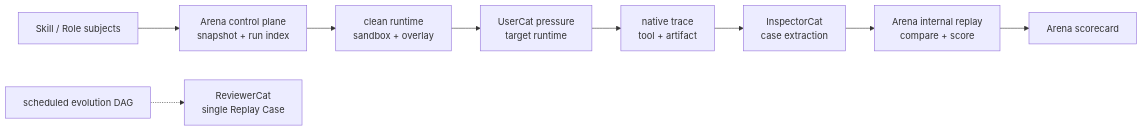
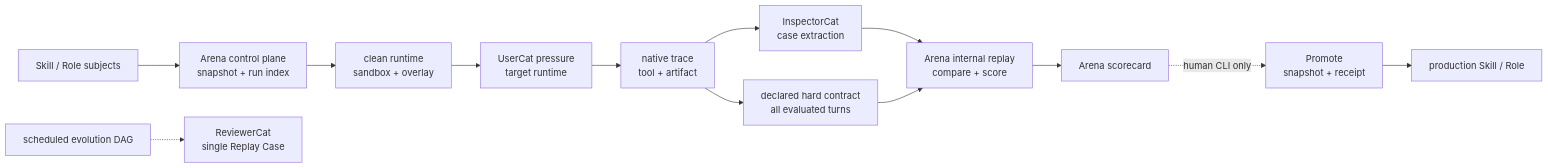
The first of 2 diagrams in docs/arena/SPEC.md (fightheyyy/XiaoBa-CLI), drawn with Mermaid before and after one commit. The commit also changed other lines of this file and 39 other files, not shown here.

````diff
--- a/docs/arena/SPEC.md
+++ b/docs/arena/SPEC.md
@@ -99,12 +101,16 @@
 ```mermaid
 flowchart LR
     Subjects["Skill / Role subjects"] --> Control["Arena control plane<br/>snapshot + run index"]
     Control --> Clean["clean runtime<br/>sandbox + overlay"]
     Clean --> Pressure["UserCat pressure<br/>target runtime"]
     Pressure --> Evidence["native trace<br/>tool + artifact"]
     Evidence --> Inspect["InspectorCat<br/>case extraction"]
+    Evidence --> Contract["declared hard contract<br/>all evaluated turns"]
     Inspect --> Replay["Arena internal replay<br/>compare + score"]
+    Contract --> Replay
     Replay --> Score["Arena scorecard"]
+    Score -. "human CLI only" .-> Promote["Promote<br/>snapshot + receipt"]
+    Promote --> Production["production Skill / Role"]
 
     Dag["scheduled evolution DAG"] -.-> Reviewer["ReviewerCat<br/>single Replay Case"]
 ```
````
